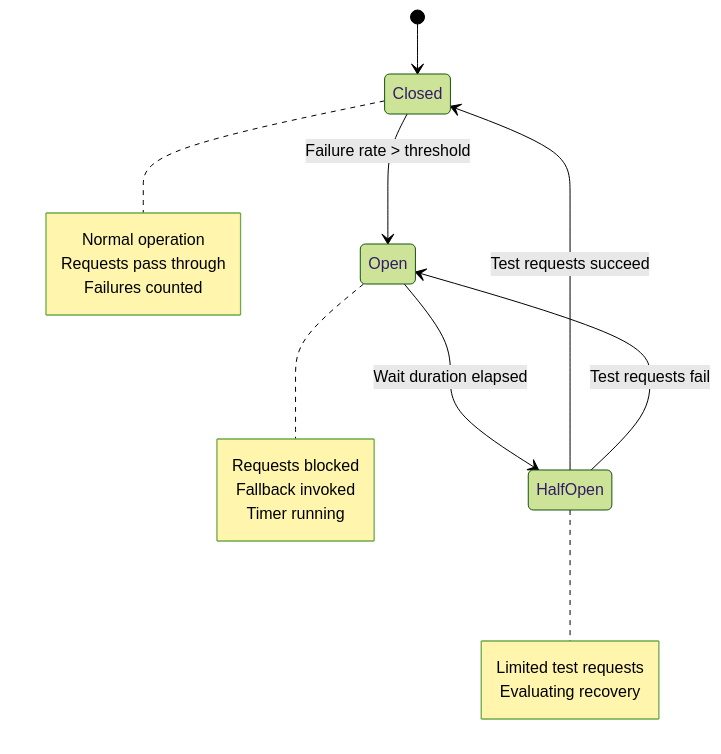
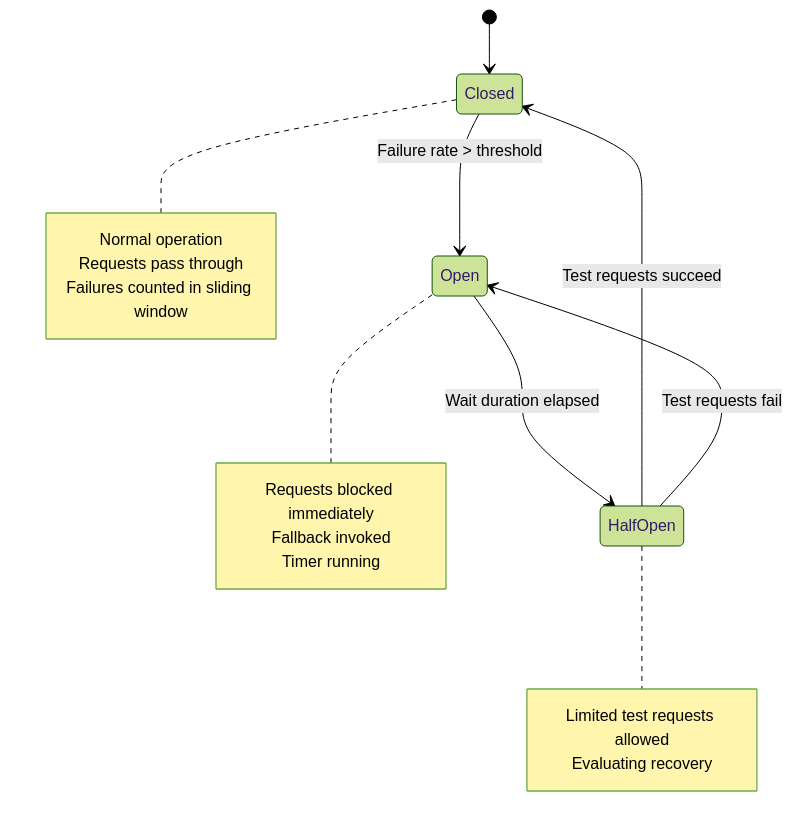
Before and after one commit to aabdulk862/cs-reference-guide: the second of 3 diagrams in content/backend/spring-framework/spring-microservices.md, drawn with Mermaid (forest theme). The commit also changed other lines of this file and 113 other files, not shown here.

````diff
--- a/content/backend/spring-framework/spring-microservices.md
+++ b/content/backend/spring-framework/spring-microservices.md
@@ -283,12 +531,12 @@
 ```mermaid
 stateDiagram-v2
     [*] --> Closed
     Closed --> Open : Failure rate > threshold
     Open --> HalfOpen : Wait duration elapsed
     HalfOpen --> Closed : Test requests succeed
     HalfOpen --> Open : Test requests fail
 
-    note right of Closed : Normal operation<br/>Requests pass through<br/>Failures counted
-    note right of Open : Requests blocked<br/>Fallback invoked<br/>Timer running
-    note right of HalfOpen : Limited test requests<br/>Evaluating recovery
+    note right of Closed : Normal operation<br/>Requests pass through<br/>Failures counted in sliding window
+    note right of Open : Requests blocked immediately<br/>Fallback invoked<br/>Timer running
+    note right of HalfOpen : Limited test requests allowed<br/>Evaluating recovery
 ```
````
